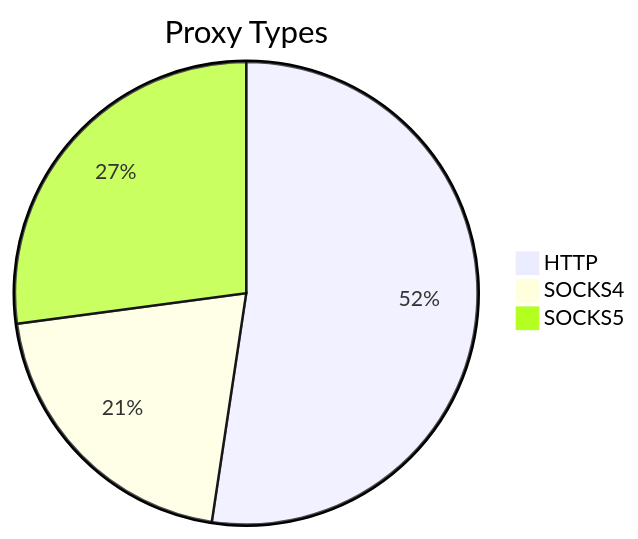
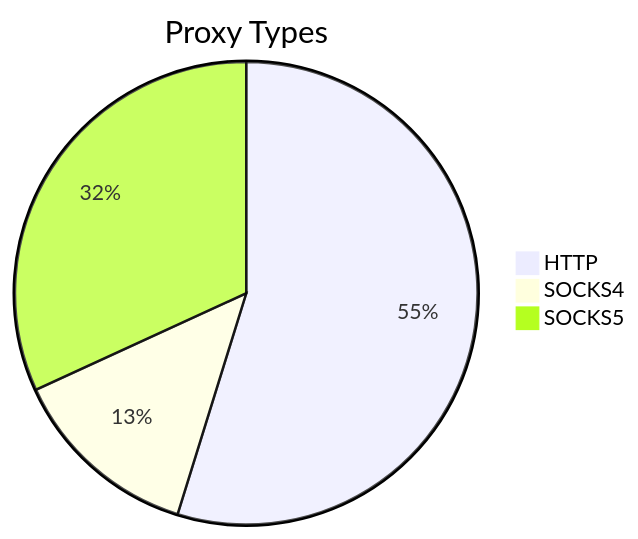
One commit to stormsia/proxy-list changed the first of 2 diagrams in README.md. Above: the diagram before and after it, drawn with Mermaid. The commit also changed other lines of this file, not shown here.

````diff
--- a/README.md
+++ b/README.md
@@ -21,6 +21,6 @@
 ```mermaid
 pie title Proxy Types
-    "HTTP" : 286
-    "SOCKS4" : 112
-    "SOCKS5" : 148
+    "HTTP" : 160
+    "SOCKS4" : 39
+    "SOCKS5" : 93
 ```
````
